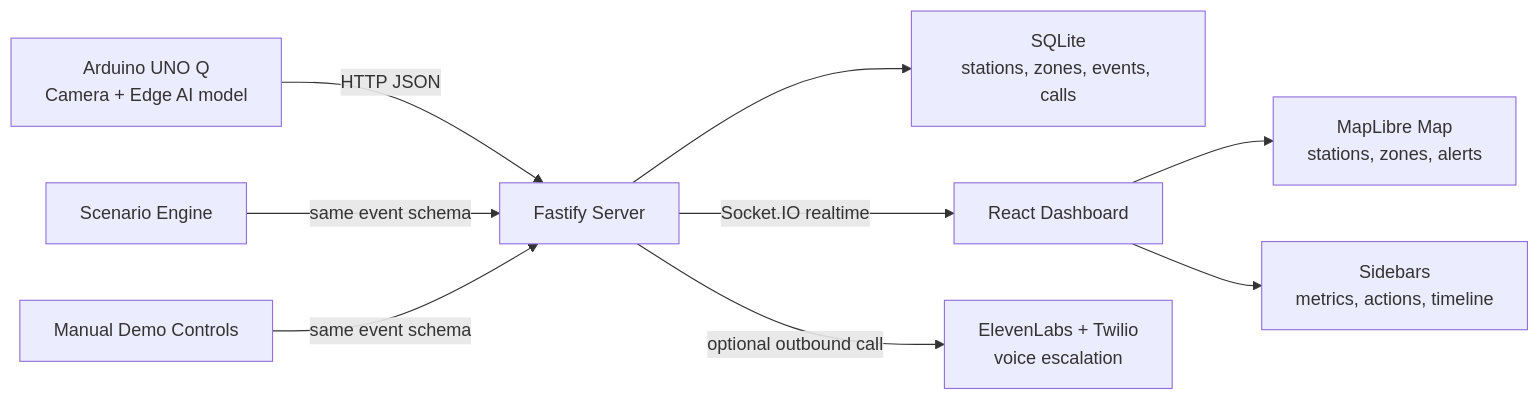
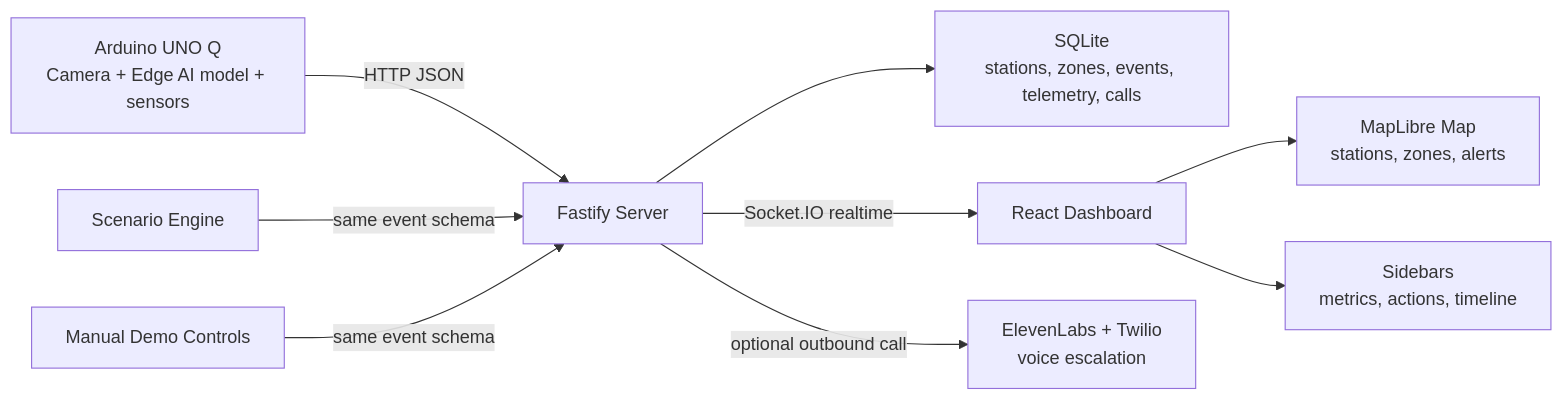
The diagram in docs/architecture.md (guimCC/guAIta), drawn with Mermaid before and after one commit. The commit also changed other lines of this file and 10 other files, not shown here.

````diff
--- a/docs/architecture.md
+++ b/docs/architecture.md
@@ -17,11 +17,11 @@
 ```mermaid
 flowchart LR
-  A["Arduino UNO Q\nCamera + Edge AI model"] -->|HTTP JSON| B["Fastify Server"]
+  A["Arduino UNO Q\nCamera + Edge AI model + sensors"] -->|HTTP JSON| B["Fastify Server"]
   C["Scenario Engine"] -->|same event schema| B
   D["Manual Demo Controls"] -->|same event schema| B
-  B --> E["SQLite\nstations, zones, events, calls"]
+  B --> E["SQLite\nstations, zones, events, telemetry, calls"]
   B -->|Socket.IO realtime| F["React Dashboard"]
   B -->|optional outbound call| I["ElevenLabs + Twilio\nvoice escalation"]
   F --> G["MapLibre Map\nstations, zones, alerts"]
   F --> H["Sidebars\nmetrics, actions, timeline"]
 ```
````
